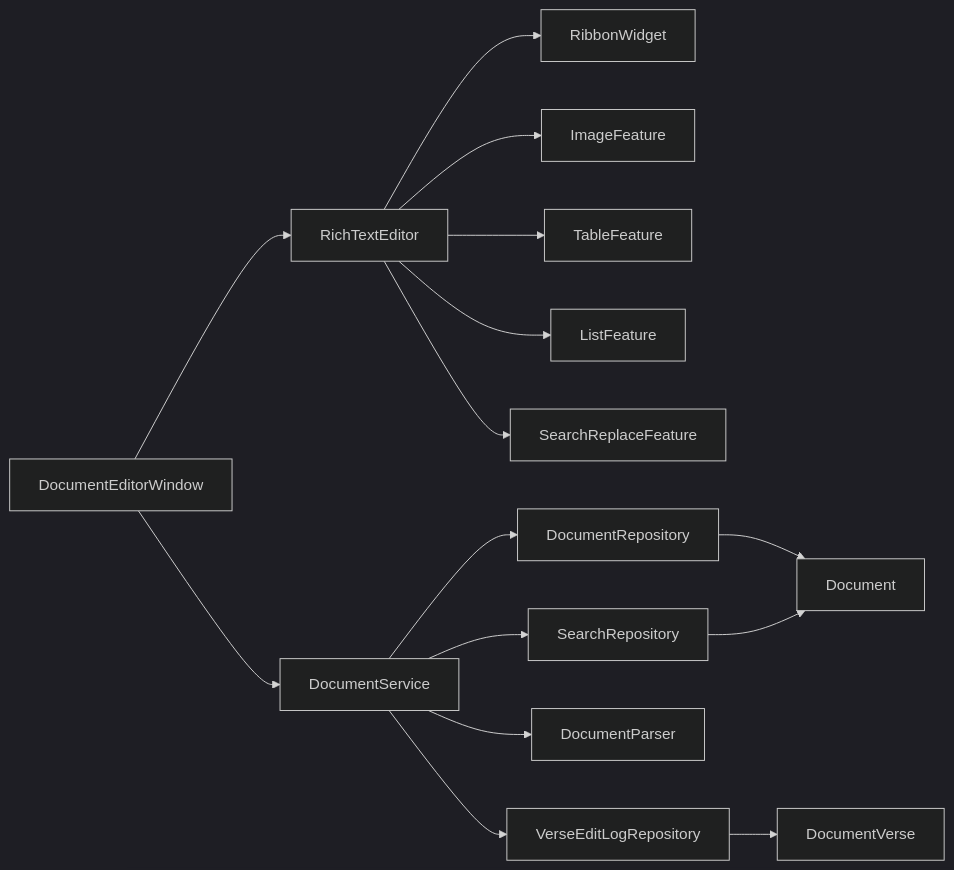
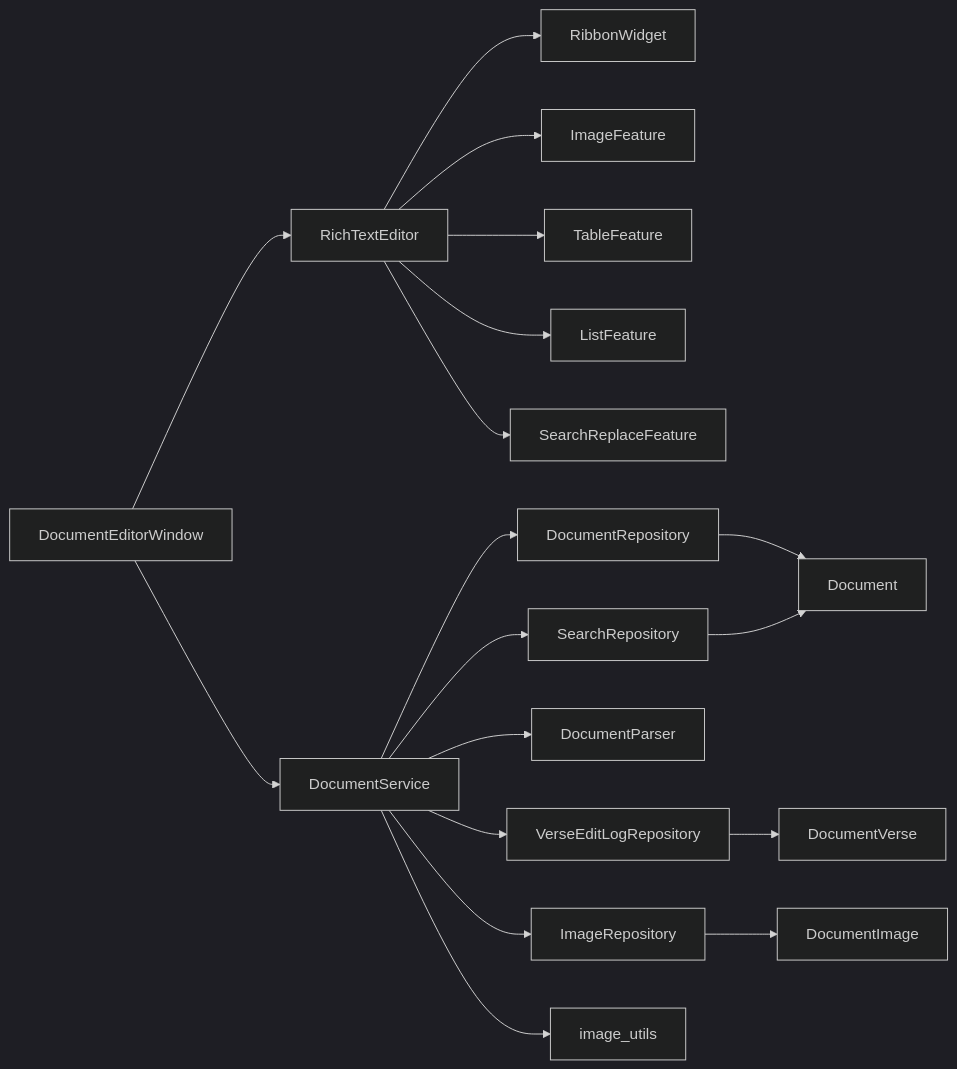
One commit to TheDaniel166/IsopGem changed diagram 12 of 12 in .qoder/repowiki/en/content/Architecture Overview/Pillar-Based Architecture/Document Manager Pillar/Document Editing System.md. Above: the diagram before and after it, drawn with Mermaid (dark theme). The commit also changed other lines of this file and 36 other files, not shown here.

````diff
--- a/.qoder/repowiki/en/content/Architecture Overview/Pillar-Based Architecture/Document Manager Pillar/Document Editing System.md
+++ b/.qoder/repowiki/en/content/Architecture Overview/Pillar-Based Architecture/Document Manager Pillar/Document Editing System.md
@@ -527,17 +592,20 @@
 ```mermaid
 graph LR
 DEW["DocumentEditorWindow"] --> RTE["RichTextEditor"]
 RTE --> RW["RibbonWidget"]
 RTE --> IF["ImageFeature"]
 RTE --> TF["TableFeature"]
 RTE --> LF["ListFeature"]
 RTE --> SF["SearchReplaceFeature"]
 DEW --> DS["DocumentService"]
 DS --> DR["DocumentRepository"]
 DS --> SER["SearchRepository"]
 DS --> PARS["DocumentParser"]
 DR --> DM["Document"]
 SER --> DM
 DS --> VLR["VerseEditLogRepository"]
 VLR --> DV["DocumentVerse"]
+DS --> IR["ImageRepository"]
+IR --> DI["DocumentImage"]
+DS --> IU["image_utils"]
 ```
````
